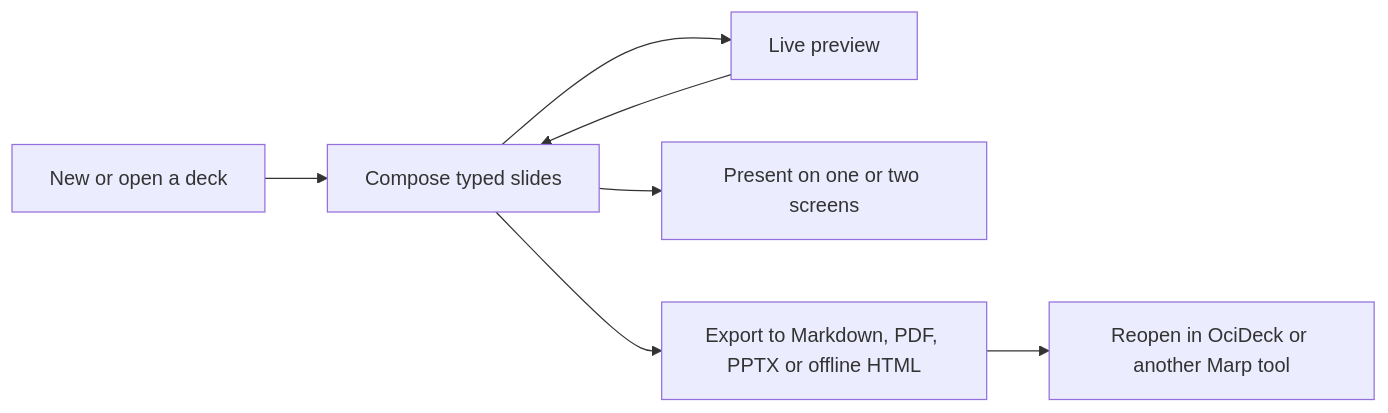
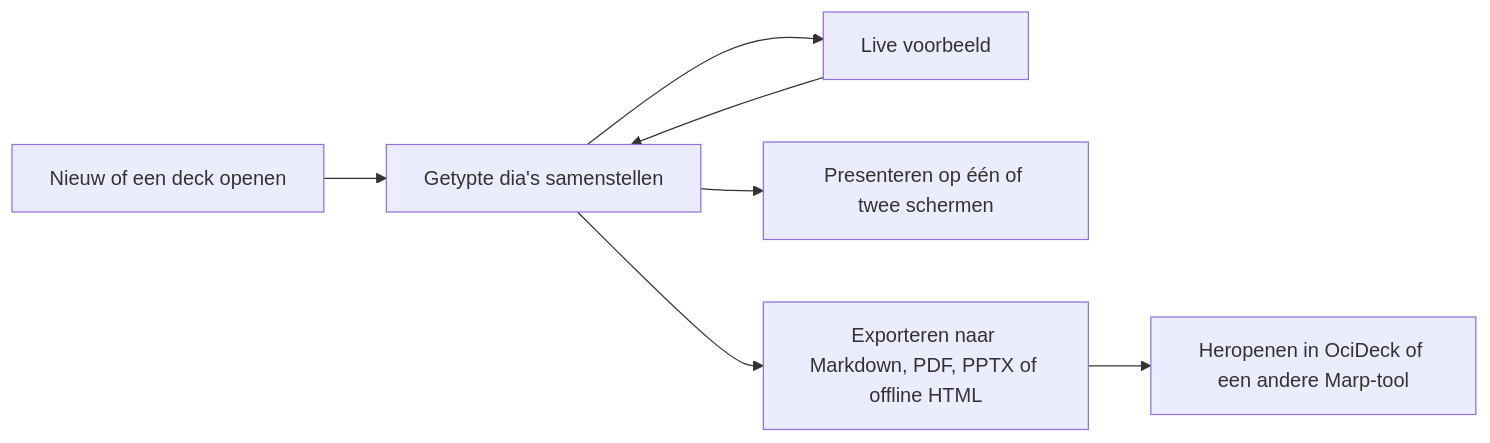
One commit to brennodewinter/Ocideck changed the diagram in docs/USER_GUIDE.nl.md. Above: the diagram before and after it, drawn with Mermaid. The commit also changed 6 other files, not shown here.

First line of the commit message:
fix(docs): vertaal mermaid-diagram in de NL-handleiding + poort tegen onvertaalde diagrammen (#1284)

````diff
--- a/docs/USER_GUIDE.nl.md
+++ b/docs/USER_GUIDE.nl.md
@@ -50,9 +50,9 @@
 ```mermaid
 flowchart LR
-    New[New or open a deck] --> Edit[Compose typed slides]
-    Edit --> Preview[Live preview]
+    New[Nieuw of een deck openen] --> Edit[Getypte dia's samenstellen]
+    Edit --> Preview[Live voorbeeld]
     Preview --> Edit
-    Edit --> Present[Present on one or two screens]
-    Edit --> Export[Export to Markdown, PDF, PPTX or offline HTML]
-    Export --> Reuse[Reopen in OciDeck or another Marp tool]
+    Edit --> Present[Presenteren op één of twee schermen]
+    Edit --> Export[Exporteren naar Markdown, PDF, PPTX of offline HTML]
+    Export --> Reuse[Heropenen in OciDeck of een andere Marp-tool]
 ```
````
